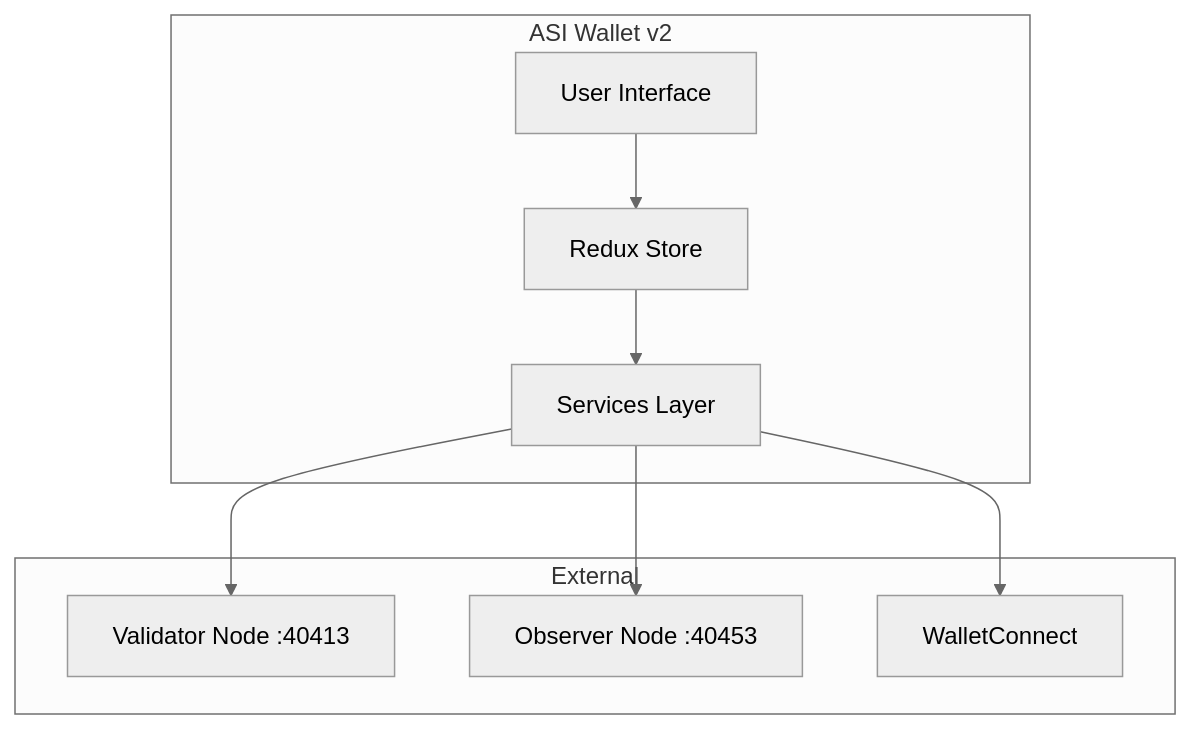
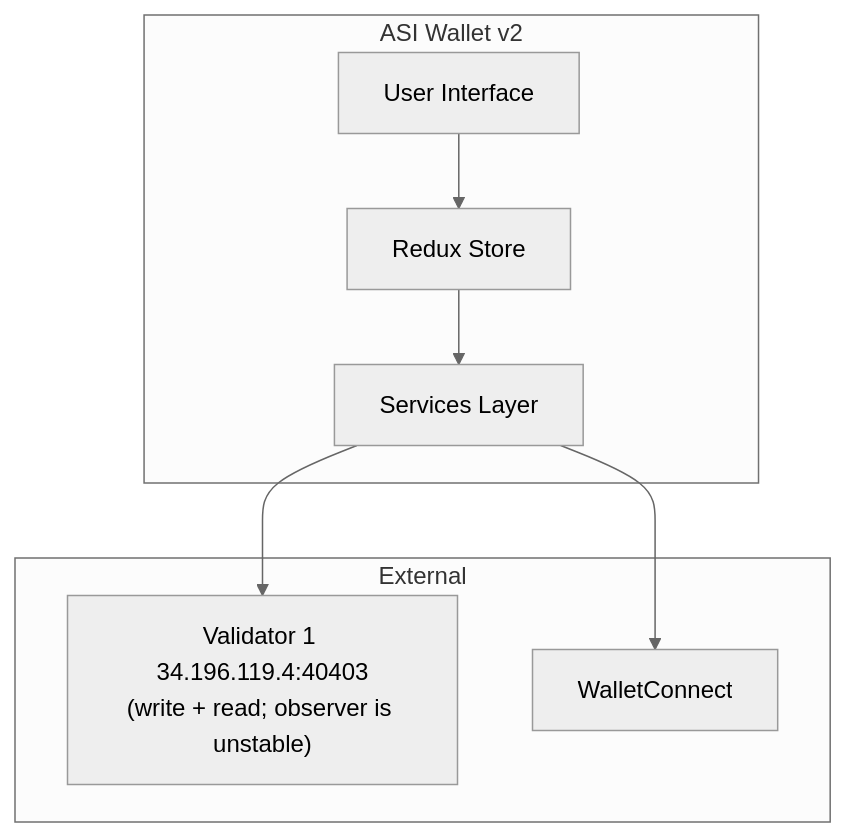
Before and after one commit to asi-alliance/asi-chain-docs-portal: the first of 4 diagrams in architecture/component-diagrams/wallet/index.md, drawn with Mermaid (neutral theme). The commit also changed other lines of this file and 16 other files, not shown here.

````diff
--- a/architecture/component-diagrams/wallet/index.md
+++ b/architecture/component-diagrams/wallet/index.md
@@ -9,20 +9,18 @@
 ```mermaid
 graph TB
     subgraph "ASI Wallet v2"
         UI[User Interface]
         Store[Redux Store]
         Services[Services Layer]
     end
     
     subgraph "External"
-        VN[Validator Node :40413]
-        RN[Observer Node :40453]
+        V1["Validator 1 34.196.119.4:40403<br/>(write + read; observer is unstable)"]
         WC[WalletConnect]
     end
     
     UI --> Store
     Store --> Services
-    Services --> VN
-    Services --> RN
+    Services --> V1
     Services --> WC
 ```
````
